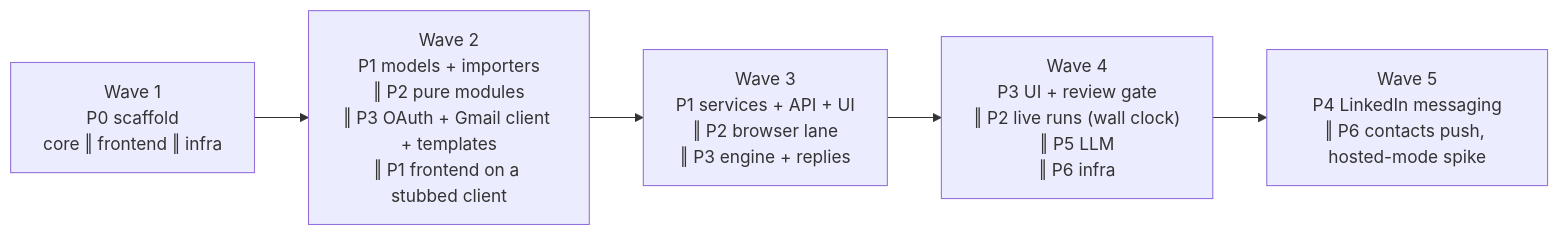
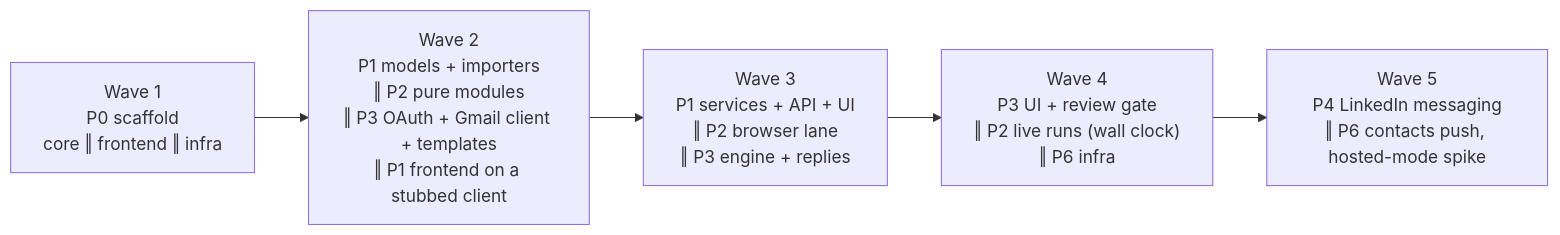
The diagram in docs/implementation-guide.md (dsmorgan/netkeeper), drawn with Mermaid before and after one commit. The commit also changed other lines of this file and 2 other files, not shown here.

````diff
--- a/docs/implementation-guide.md
+++ b/docs/implementation-guide.md
@@ -47,9 +61,9 @@
 ```mermaid
 flowchart LR
   W1["Wave 1<br/>P0 scaffold<br/>core ‖ frontend ‖ infra"]
   W2["Wave 2<br/>P1 models + importers<br/>‖ P2 pure modules<br/>‖ P3 OAuth + Gmail client + templates<br/>‖ P1 frontend on a stubbed client"]
   W3["Wave 3<br/>P1 services + API + UI<br/>‖ P2 browser lane<br/>‖ P3 engine + replies"]
-  W4["Wave 4<br/>P3 UI + review gate<br/>‖ P2 live runs (wall clock)<br/>‖ P5 LLM<br/>‖ P6 infra"]
+  W4["Wave 4<br/>P3 UI + review gate<br/>‖ P2 live runs (wall clock)<br/>‖ P6 infra"]
   W5["Wave 5<br/>P4 LinkedIn messaging<br/>‖ P6 contacts push, hosted-mode spike"]
   W1 --> W2 --> W3 --> W4 --> W5
 ```
````
